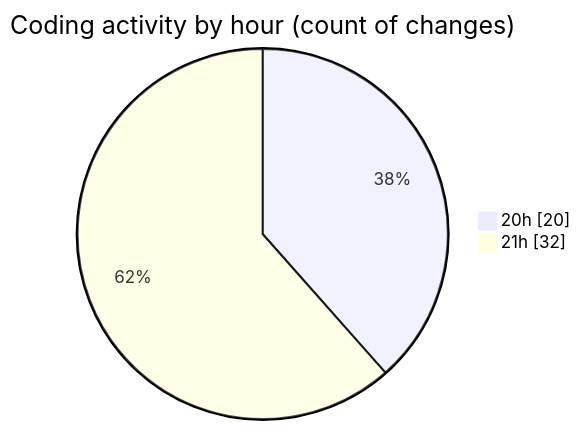
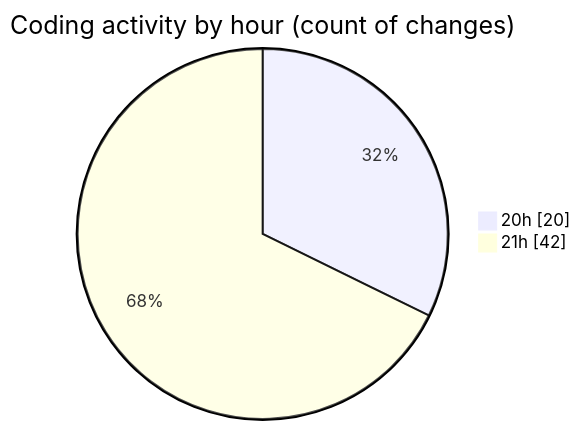
One commit to lephambinh05/code-tracking changed the second of 2 diagrams in 2025-08-19/quytuthien_vn/README.md. Above: the diagram before and after it, drawn with Mermaid. The commit also changed other lines of this file and 1 other file, not shown here.

````diff
--- a/2025-08-19/quytuthien_vn/README.md
+++ b/2025-08-19/quytuthien_vn/README.md
@@ -72,6 +80,6 @@
 ```mermaid
 pie showData
 title Coding activity by hour (count of changes)
 "20h" : 20
-"21h" : 32
+"21h" : 42
 ```
````
